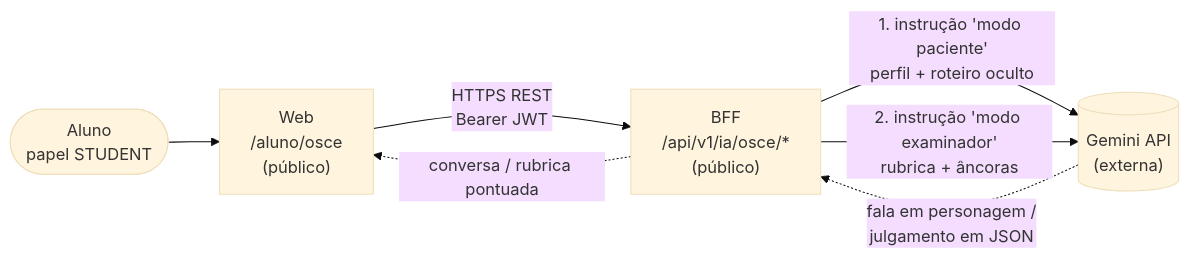
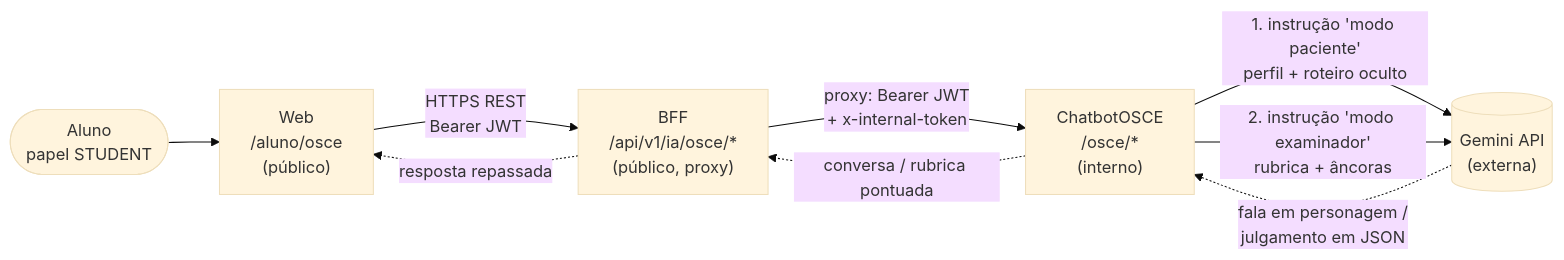
The diagram in docs/arquitetura/chatbot-osce.md (fga-eps-mds/2026-2-AnatoQuizUp-Doc), drawn with Mermaid (base theme) before and after one commit. The commit also changed other lines of this file, not shown here.

First line of the commit message:
docs(arquitetura): atualiza o chatbot OSCE para o ChatbotOSCE e a US24

````diff
--- a/docs/arquitetura/chatbot-osce.md
+++ b/docs/arquitetura/chatbot-osce.md
@@ -15,14 +15,17 @@
 ```mermaid
 flowchart LR
     aluno(["Aluno<br/>papel STUDENT"])
     web["Web<br/>/aluno/osce<br/>(público)"]
-    bff["BFF<br/>/api/v1/ia/osce/*<br/>(público)"]
+    bff["BFF<br/>/api/v1/ia/osce/*<br/>(público, proxy)"]
+    chatbot["ChatbotOSCE<br/>/osce/*<br/>(interno)"]
     gemini[("Gemini API<br/>(externa)")]
 
     aluno --> web
     web -->|"HTTPS REST<br/>Bearer JWT"| bff
-    bff -->|"1. instrução 'modo paciente'<br/>perfil + roteiro oculto"| gemini
-    bff -->|"2. instrução 'modo examinador'<br/>rubrica + âncoras"| gemini
-    gemini -.->|"fala em personagem /<br/>julgamento em JSON"| bff
-    bff -.->|"conversa / rubrica pontuada"| web
+    bff -->|"proxy: Bearer JWT<br/>+ x-internal-token"| chatbot
+    chatbot -->|"1. instrução 'modo paciente'<br/>perfil + roteiro oculto"| gemini
+    chatbot -->|"2. instrução 'modo examinador'<br/>rubrica + âncoras"| gemini
+    gemini -.->|"fala em personagem /<br/>julgamento em JSON"| chatbot
+    chatbot -.->|"conversa / rubrica pontuada"| bff
+    bff -.->|"resposta repassada"| web
 ```
````
